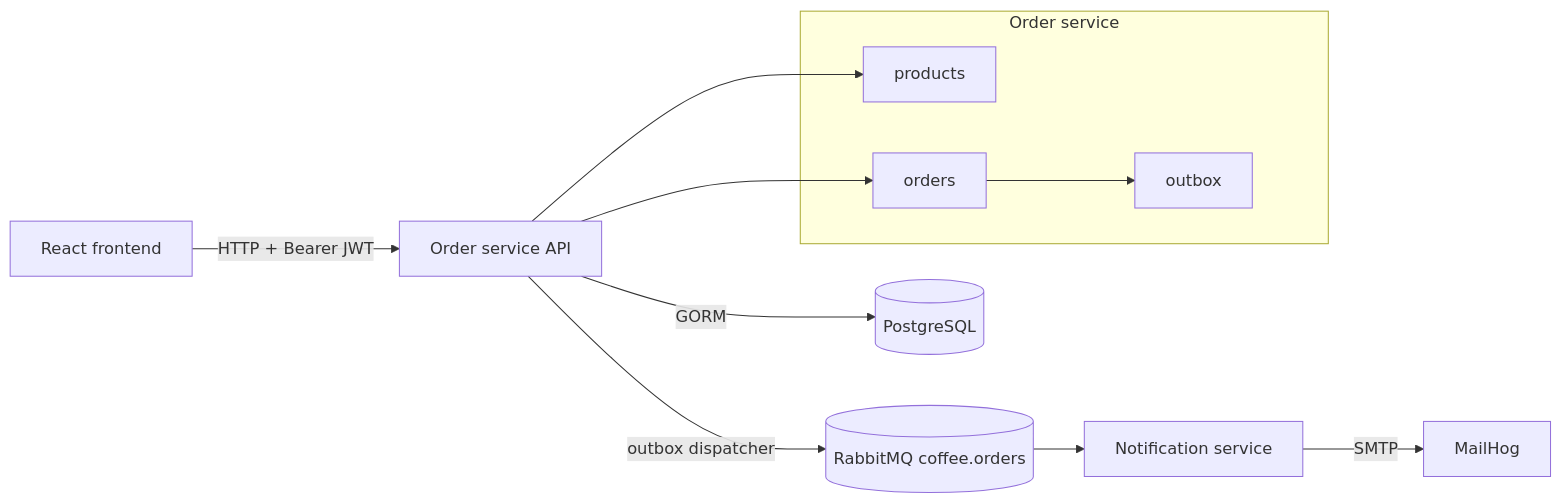
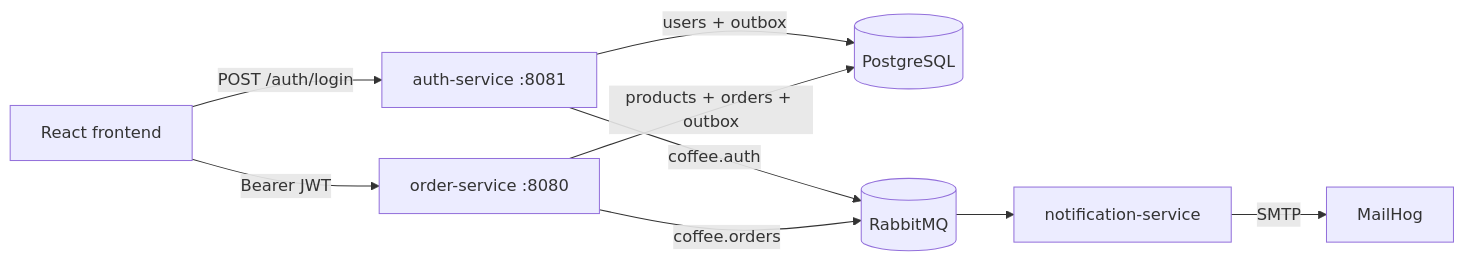
The diagram in README.md (osamah22/coffee-service), drawn with Mermaid before and after one commit. The commit also changed other lines of this file and 38 other files, not shown here.

Commit message:
Add auth service and auth event flow

````diff
--- a/README.md
+++ b/README.md
@@ -28,18 +26,11 @@
 ```mermaid
 flowchart LR
-  Browser[React frontend] -->|HTTP + Bearer JWT| API[Order service API]
-  API -->|GORM| PG[(PostgreSQL)]
-  API -->|outbox dispatcher| RMQ[(RabbitMQ coffee.orders)]
-  RMQ --> Notify[Notification service]
+  Browser[React frontend] -->|POST /auth/login| AuthAPI[auth-service :8081]
+  Browser -->|Bearer JWT| OrderAPI[order-service :8080]
+  AuthAPI -->|users + outbox| PG[(PostgreSQL)]
+  OrderAPI -->|products + orders + outbox| PG
+  AuthAPI -->|coffee.auth| RMQ[(RabbitMQ)]
+  OrderAPI -->|coffee.orders| RMQ
+  RMQ --> Notify[notification-service]
   Notify -->|SMTP| MailHog[MailHog]
-
-  subgraph Order service
-    Products[products]
-    Orders[orders]
-    Outbox[outbox]
-  end
-
-  API --> Products
-  API --> Orders
-  Orders --> Outbox
 ```
````
